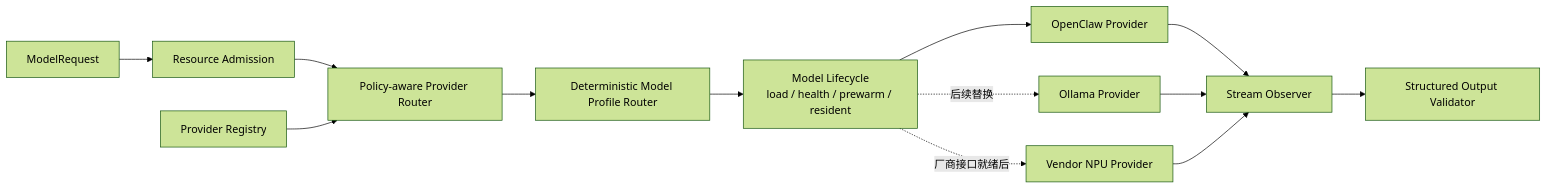
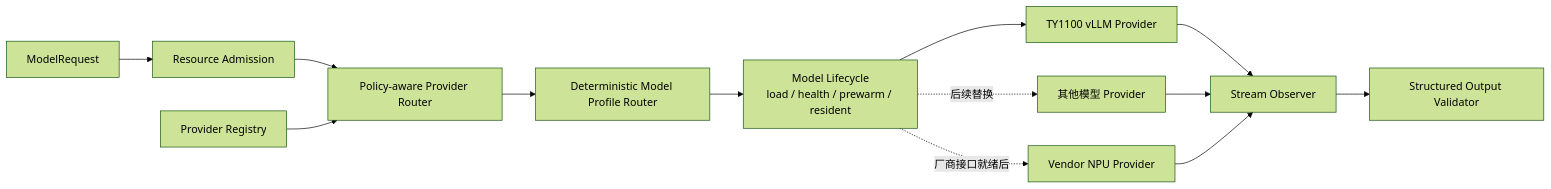
Before and after one commit to LucasWEIchen/CougarOS: the ninth of 20 diagrams in docs/CENTRAL_BRAIN_SOFTWARE_ARCHITECTURE.md, drawn with Mermaid (forest theme). The commit also changed other lines of this file and 25 other files, not shown here.

````diff
--- a/docs/CENTRAL_BRAIN_SOFTWARE_ARCHITECTURE.md
+++ b/docs/CENTRAL_BRAIN_SOFTWARE_ARCHITECTURE.md
@@ -327,24 +328,24 @@
 ```mermaid
 flowchart LR
     Request["ModelRequest"]
     Admission["Resource Admission"]
     Registry["Provider Registry"]
     ProviderRouter["Policy-aware Provider Router"]
     ProfileRouter["Deterministic Model Profile Router"]
     Lifecycle["Model Lifecycle<br/>load / health / prewarm / resident"]
-    OpenClaw["OpenClaw Provider"]
-    Ollama["Ollama Provider"]
+    Vllm["TY1100 vLLM Provider"]
+    Other["其他模型 Provider"]
     Vendor["Vendor NPU Provider"]
     Stream["Stream Observer"]
     Validate["Structured Output Validator"]
 
     Request --> Admission --> ProviderRouter --> ProfileRouter
     Registry --> ProviderRouter
     ProfileRouter --> Lifecycle
-    Lifecycle --> OpenClaw
-    Lifecycle -. "后续替换" .-> Ollama
+    Lifecycle --> Vllm
+    Lifecycle -. "后续替换" .-> Other
     Lifecycle -. "厂商接口就绪后" .-> Vendor
-    OpenClaw --> Stream --> Validate
-    Ollama --> Stream
+    Vllm --> Stream --> Validate
+    Other --> Stream
     Vendor --> Stream
 ```
````
